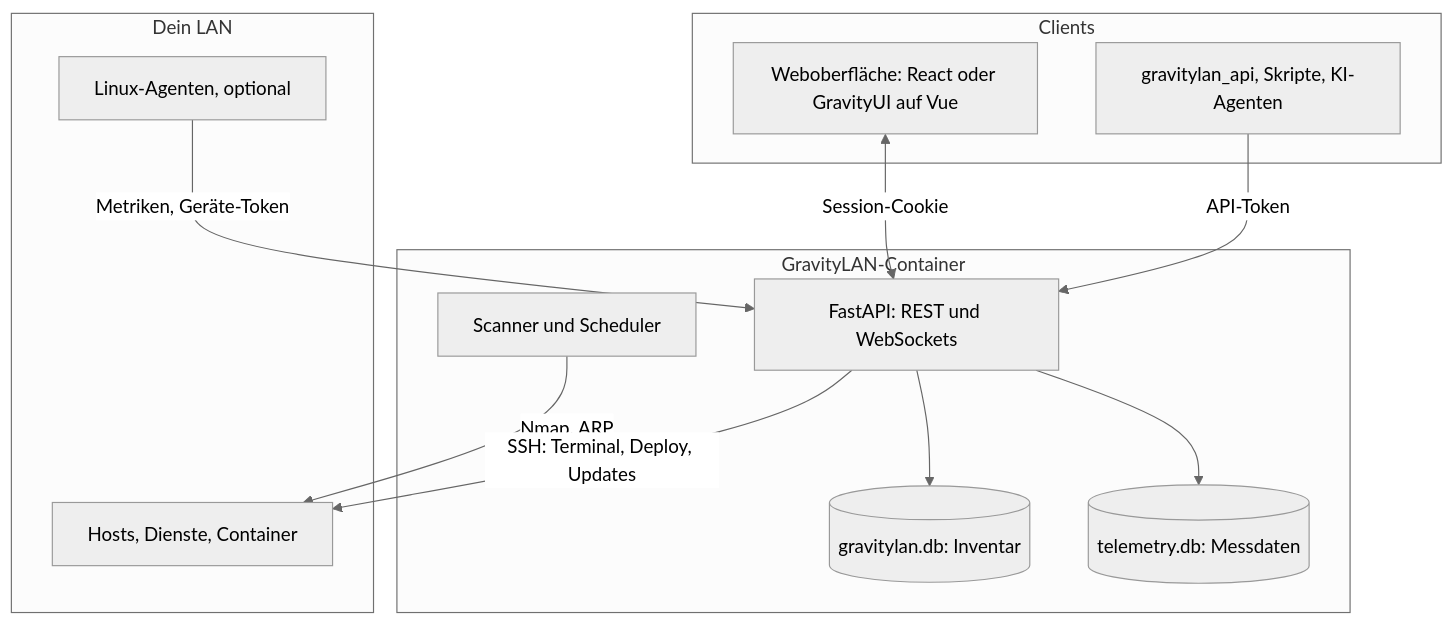
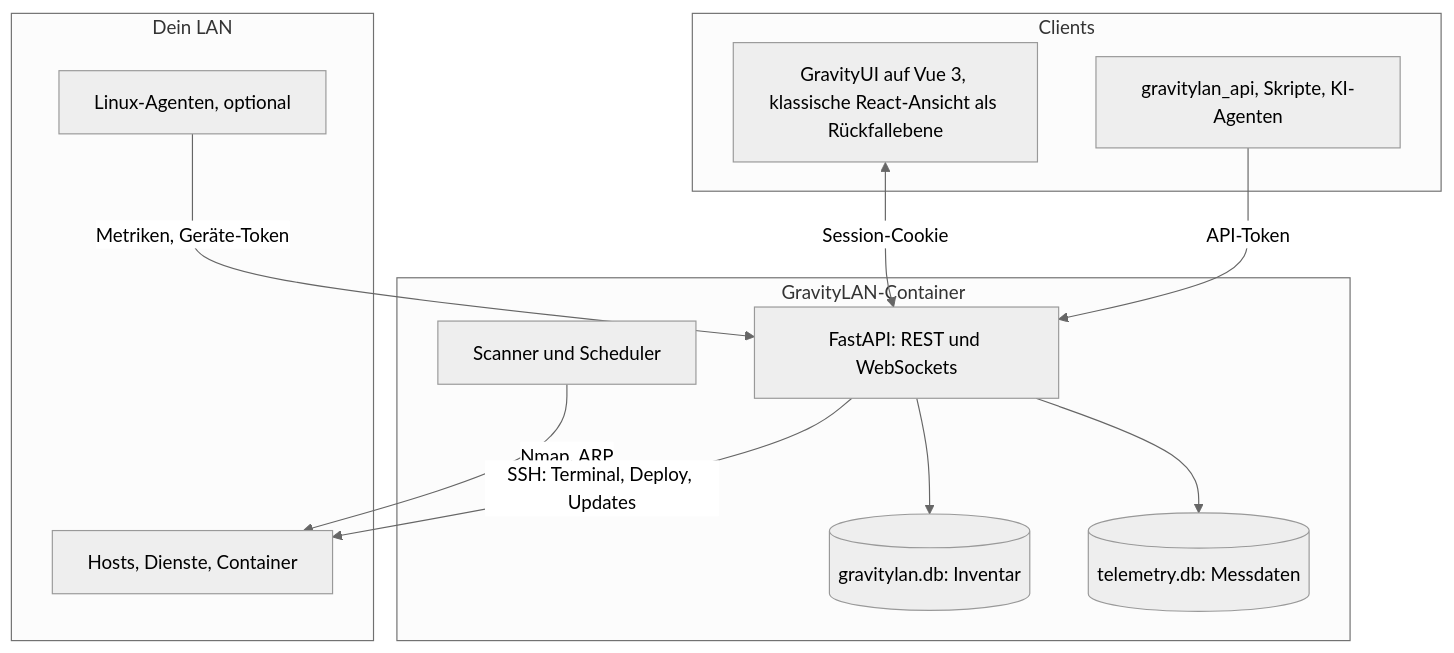
The second of 2 diagrams in README.md (SleeperXr/GravityLAN), drawn with Mermaid (neutral theme) before and after one commit. The commit also changed other lines of this file and 14 other files, not shown here.

````diff
--- a/README.md
+++ b/README.md
@@ -523,24 +528,24 @@
 ```mermaid
 flowchart TB
   subgraph clients [Clients]
-    SPA[Weboberfläche: React oder GravityUI auf Vue]
+    SPA[GravityUI auf Vue 3, klassische React-Ansicht als Rückfallebene]
     PY[gravitylan_api, Skripte, KI-Agenten]
   end
   subgraph server [GravityLAN-Container]
     API[FastAPI: REST und WebSockets]
     SC[Scanner und Scheduler]
     DB[(gravitylan.db: Inventar)]
     TDB[(telemetry.db: Messdaten)]
   end
   subgraph lan [Dein LAN]
     HOSTS[Hosts, Dienste, Container]
     AG[Linux-Agenten, optional]
   end
   SPA <-->|Session-Cookie| API
   PY -->|API-Token| API
   API --> DB
   API --> TDB
   SC -->|Nmap, ARP| HOSTS
   AG -->|Metriken, Geräte-Token| API
   API -->|SSH: Terminal, Deploy, Updates| HOSTS
 ```
````
